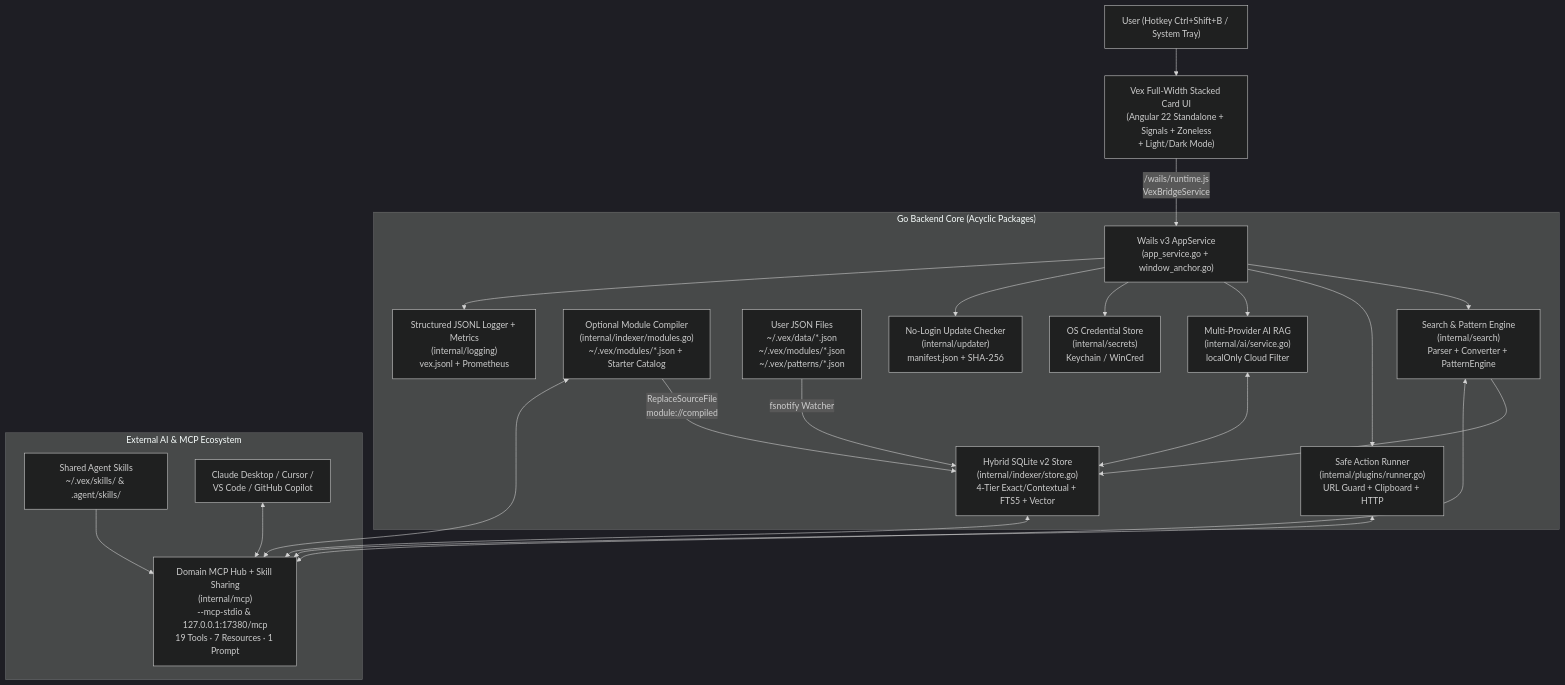
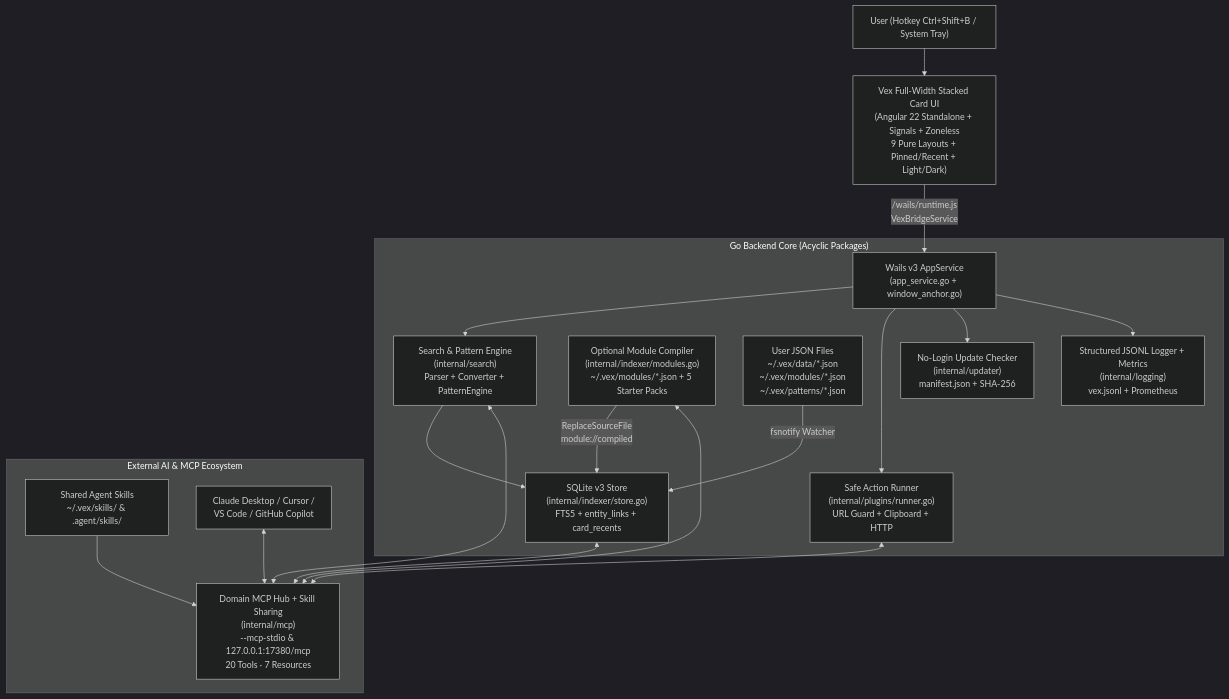
One commit to lebestiarii/vex-app changed the diagram in docs/ARCHITECTURE.md. Above: the diagram before and after it, drawn with Mermaid (dark theme). The commit also changed other lines of this file and 40 other files, not shown here.

Commit message:
feat(ui): Phase 10B — 9 pure layouts, Pinned+Recent, keyboard flow, and dialog polish

````diff
--- a/docs/ARCHITECTURE.md
+++ b/docs/ARCHITECTURE.md
@@ -10,29 +10,26 @@
 ```mermaid
 flowchart TD
-    User["User (Hotkey Ctrl+Shift+B / System Tray)"] --> UI["Vex Full-Width Stacked Card UI\n(Angular 22 Standalone + Signals + Zoneless\n+ Light/Dark Mode)"]
+    User["User (Hotkey Ctrl+Shift+B / System Tray)"] --> UI["Vex Full-Width Stacked Card UI\n(Angular 22 Standalone + Signals + Zoneless\n9 Pure Layouts + Pinned/Recent + Light/Dark)"]
     UI -->|"/wails/runtime.js\nVexBridgeService"| RPC["Wails v3 AppService\n(app_service.go + window_anchor.go)"]
 
     subgraph Core["Go Backend Core (Acyclic Packages)"]
         RPC --> Search["Search & Pattern Engine\n(internal/search)\nParser + Converter + PatternEngine"]
-        Search --> Store["Hybrid SQLite v2 Store\n(internal/indexer/store.go)\n4-Tier Exact/Contextual + FTS5 + Vector"]
-        Modules["Optional Module Compiler\n(internal/indexer/modules.go)\n~/.vex/modules/*.json + Starter Catalog"] -->|"ReplaceSourceFile\nmodule://compiled"| Store
+        Search --> Store["SQLite v3 Store\n(internal/indexer/store.go)\nFTS5 + entity_links + card_recents"]
+        Modules["Optional Module Compiler\n(internal/indexer/modules.go)\n~/.vex/modules/*.json + 5 Starter Packs"] -->|"ReplaceSourceFile\nmodule://compiled"| Store
         UserData["User JSON Files\n~/.vex/data/*.json\n~/.vex/modules/*.json\n~/.vex/patterns/*.json"] -->|"fsnotify Watcher"| Store
         RPC --> Runner["Safe Action Runner\n(internal/plugins/runner.go)\nURL Guard + Clipboard + HTTP"]
-        RPC --> AI["Multi-Provider AI RAG\n(internal/ai/service.go)\nlocalOnly Cloud Filter"]
-        RPC --> Secrets["OS Credential Store\n(internal/secrets)\nKeychain / WinCred"]
         RPC --> Updater["No-Login Update Checker\n(internal/updater)\nmanifest.json + SHA-256"]
         RPC --> Log["Structured JSONL Logger + Metrics\n(internal/logging)\nvex.jsonl + Prometheus"]
     end
 
     subgraph External["External AI & MCP Ecosystem"]
-        MCP["Domain MCP Hub + Skill Sharing\n(internal/mcp)\n--mcp-stdio & 127.0.0.1:17380/mcp\n19 Tools · 7 Resources · 1 Prompt"]
+        MCP["Domain MCP Hub + Skill Sharing\n(internal/mcp)\n--mcp-stdio & 127.0.0.1:17380/mcp\n20 Tools · 7 Resources"]
         Skills["Shared Agent Skills\n~/.vex/skills/ & .agent/skills/"] --> MCP
         Clients["Claude Desktop / Cursor /\nVS Code / GitHub Copilot"] <--> MCP
     end
 
     Store <--> MCP
     Search <--> MCP
     Runner <--> MCP
     Modules <--> MCP
-    AI <--> Store
 ```
````
